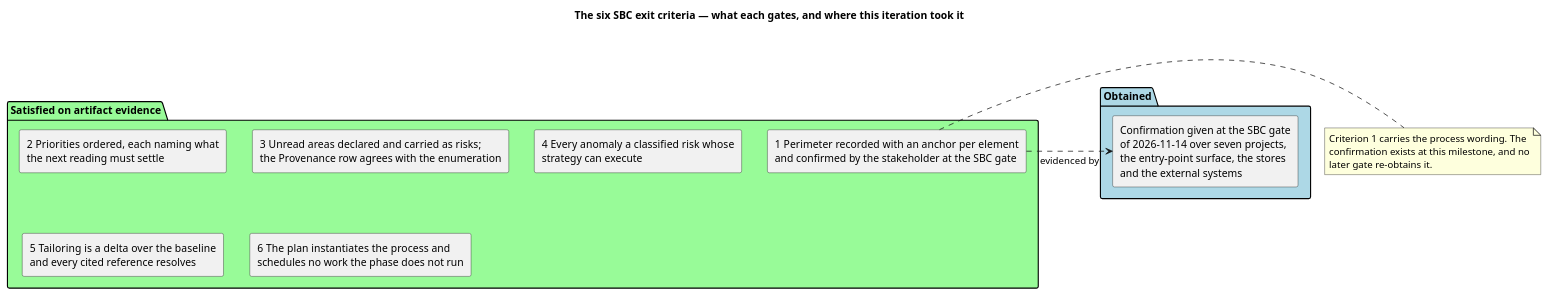
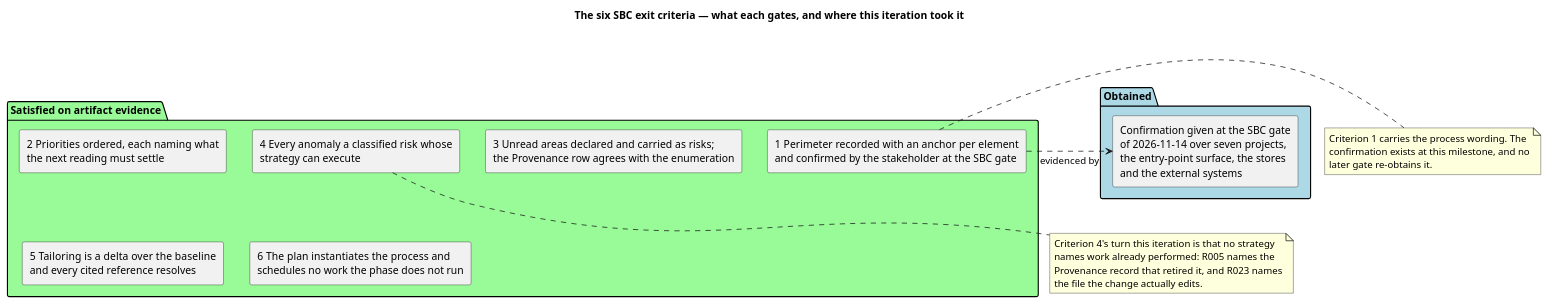
The fifth of 5 diagrams in docs/artifacts/project-management/iteration-plan.md (banense-test/TodoApp), drawn with PlantUML before and after one commit. The commit also changed other lines of this file, not shown here.

First line of the commit message:
Project Manager [Survey4]: upsert Iteration Plan

````diff
--- a/docs/artifacts/project-management/iteration-plan.md
+++ b/docs/artifacts/project-management/iteration-plan.md
@@ -487,28 +487,34 @@
 ```plantuml
 @startuml
 title The six SBC exit criteria — what each gates, and where this iteration took it
 skinparam shadowing false
 skinparam componentStyle rectangle
 
 package "Satisfied on artifact evidence" #PaleGreen {
   component "1  Perimeter recorded with an anchor per element\nand confirmed by the stakeholder at the SBC gate" as C1
   component "2  Priorities ordered, each naming what\nthe next reading must settle" as C2
   component "3  Unread areas declared and carried as risks;\nthe Provenance row agrees with the enumeration" as C3
   component "4  Every anomaly a classified risk whose\nstrategy can execute" as C4
   component "5  Tailoring is a delta over the baseline\nand every cited reference resolves" as C5
   component "6  The plan instantiates the process and\nschedules no work the phase does not run" as C6
 }
 
 package "Obtained" #LightBlue {
   component "Confirmation given at the SBC gate\nof 2026-11-14 over seven projects,\nthe entry-point surface, the stores\nand the external systems" as CONFIRM
 }
 
 C1 .> CONFIRM : evidenced by
 
 note right of C1
   Criterion 1 carries the process wording. The
   confirmation exists at this milestone, and no
   later gate re-obtains it.
 end note
+note bottom of C4
+  Criterion 4's turn this iteration is that no strategy
+  names work already performed: R005 names the
+  Provenance record that retired it, and R023 names
+  the file the change actually edits.
+end note
 @enduml
 ```
````
